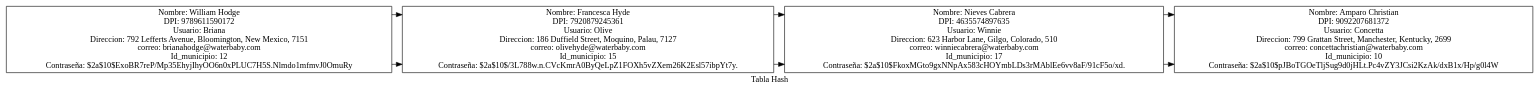
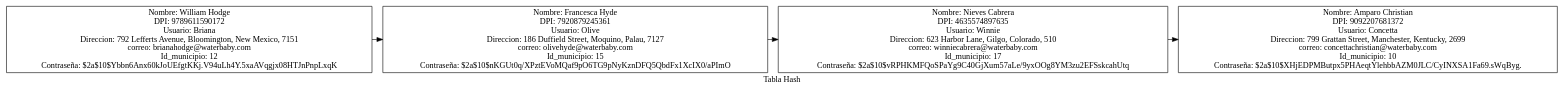
Before and after one commit to Kelly901/EDD_PROYECTO_FASE1_201900716: the diagram in [EDD]PROYECTO_FASE3_201900716/Proyecto3_EDD/Clientes.dot, drawn with Graphviz. The commit also changed 15 other files, not shown here.

```diff
--- a/[EDD]PROYECTO_FASE3_201900716/Proyecto3_EDD/Clientes.dot
+++ b/[EDD]PROYECTO_FASE3_201900716/Proyecto3_EDD/Clientes.dot
@@ -1,41 +1,37 @@
 digraph G{
 label="Tabla Hash";
 node[shape=box];
-nC1799204134[label="Nombre: William Hodge
+nC1852506212[label="Nombre: William Hodge
 DPI: 9789611590172
 Usuario: Briana
 Direccion: 792 Lefferts Avenue, Bloomington, New Mexico, 7151
 correo: brianahodge@waterbaby.com
 Id_municipio: 12
-Contraseña: $2a$10$ExoBR7reP/Mp35EhyjIhyOO6n0xPLUC7H5S.Nlmdo1mfmvJ0OmuRy"];
-nC1294938914[label="Nombre: Francesca Hyde
+Contraseña: $2a$10$Ybbn6Anx60kJoUEfgtKKj.V94uLh4Y.5xaAVqgjx08HTJnPnpLxqK"];
+nC54713719[label="Nombre: Francesca Hyde
 DPI: 7920879245361
 Usuario: Olive
 Direccion: 186 Duffield Street, Moquino, Palau, 7127
 correo: olivehyde@waterbaby.com
 Id_municipio: 15
-Contraseña: $2a$10$/3L788w.n.CVcKmrA0ByQeLpZ1FOXh5vZXem26K2Esl57ibpYt7y."];
-nC718798526[label="Nombre: Nieves Cabrera
+Contraseña: $2a$10$nKGUt0q/XPztEVoMQaf9pO6TG9pNyKznDFQ5QbdFx1XcIX0/aPImO"];
+nC371249712[label="Nombre: Nieves Cabrera
 DPI: 4635574897635
 Usuario: Winnie
 Direccion: 623 Harbor Lane, Gilgo, Colorado, 510
 correo: winniecabrera@waterbaby.com
 Id_municipio: 17
-Contraseña: $2a$10$FkoxMGto9gxNNpAx583cHOYmbLDs3rMAblEe6vv8aF/91cF5o/xd."];
-nC390127049[label="Nombre: Amparo Christian
+Contraseña: $2a$10$vRPHKMFQoSPaYg9C40GjXum57aLe/9yxOOg8YM3zu2EFSskcahUtq"];
+nC718798526[label="Nombre: Amparo Christian
 DPI: 9092207681372
 Usuario: Concetta
 Direccion: 799 Grattan Street, Manchester, Kentucky, 2699
 correo: concettachristian@waterbaby.com
 Id_municipio: 10
-Contraseña: $2a$10$pJBoTGOeTljSug9d0jHLt.Pc4vZY3JCsi2KzAk/dxB1x/Hp/g0l4W"];
+Contraseña: $2a$10$XHjEDPMButpx5PHAeqtYlehbbAZM0JLC/CyINXSA1Fa69.sWqByg."];
 
-nC1799204134->nC1294938914;
-nC1294938914->nC718798526;
-nC718798526->nC390127049;
-
-{rank=same;nC1799204134->nC1294938914;
-nC1294938914->nC718798526;
-nC718798526->nC390127049;
+{rank=same;nC1852506212->nC54713719;
+nC54713719->nC371249712;
+nC371249712->nC718798526;
 }
 }
```
